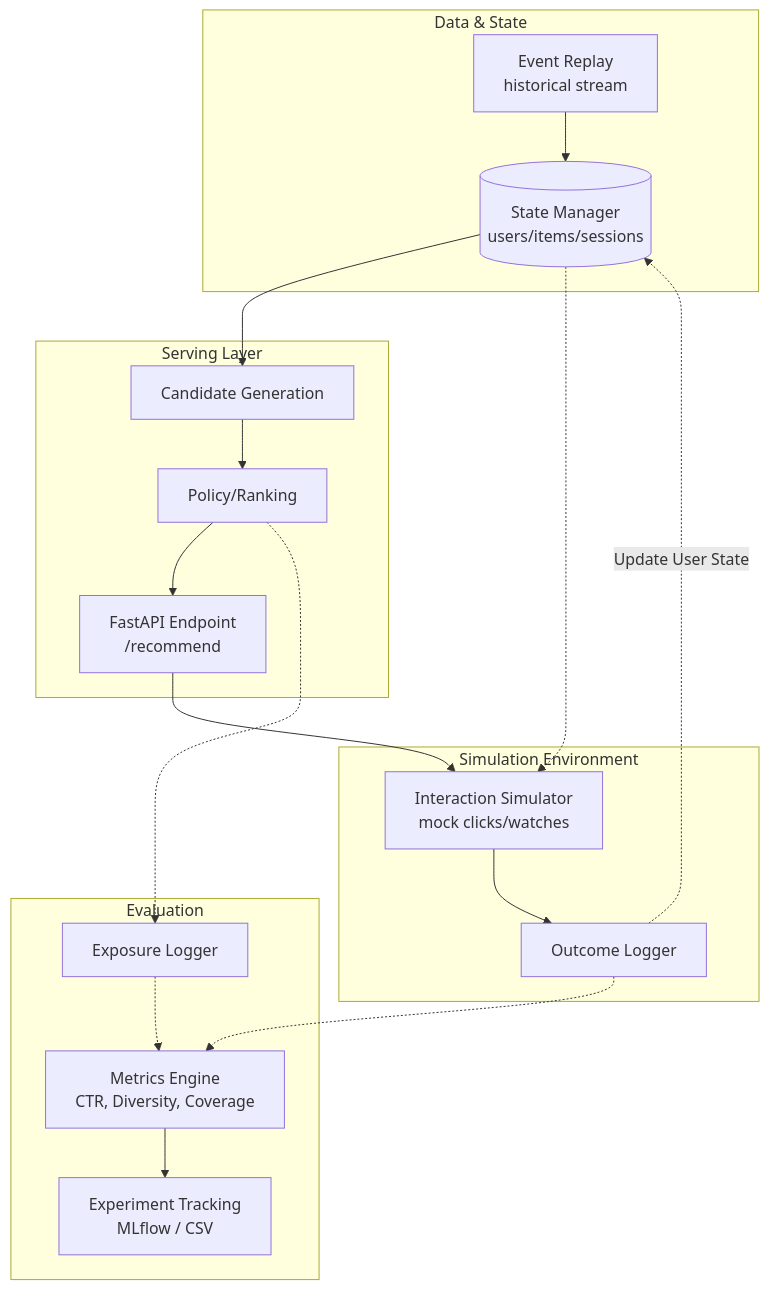
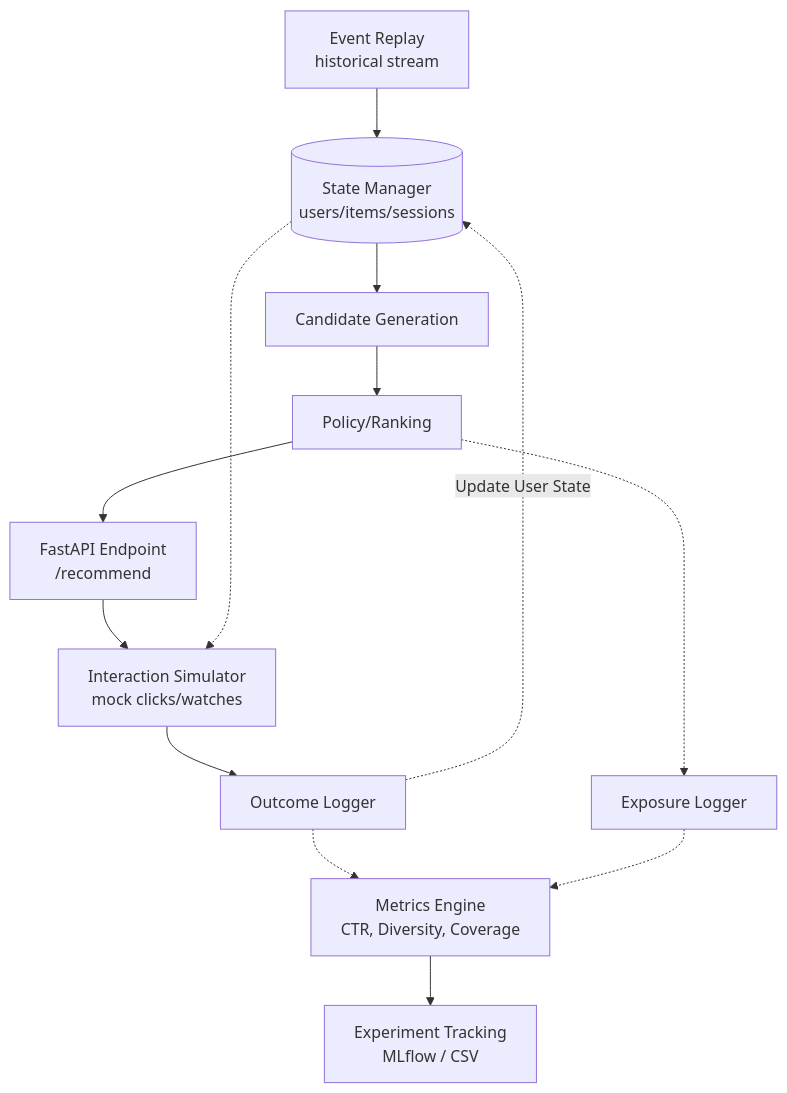
The diagram in README.md (SuperfiedStudd/recommendation-quality-lab), drawn with Mermaid before and after one commit. The commit also changed other lines of this file, not shown here.

````diff
--- a/README.md
+++ b/README.md
@@ -25,26 +26,18 @@
 ```mermaid
 graph TD
-    subgraph Data & State
-        A[Event Replay <br> historical stream] --> B[(State Manager <br> users/items/sessions)]
-    end
+    A[Event Replay <br> historical stream] --> B[(State Manager <br> users/items/sessions)]
     
-    subgraph Serving Layer
-        C[Candidate Generation] --> D[Policy/Ranking]
-        B --> C
-        D --> E[FastAPI Endpoint <br> /recommend]
-    end
+    C[Candidate Generation] --> D[Policy/Ranking]
+    B --> C
+    D --> E[FastAPI Endpoint <br> /recommend]
     
-    subgraph Simulation Environment
-        E --> F[Interaction Simulator <br> mock clicks/watches]
-        F --> G[Outcome Logger]
-        B -.-> F
-        G -.-> |Update User State| B
-    end
+    E --> F[Interaction Simulator <br> mock clicks/watches]
+    F --> G[Outcome Logger]
+    B -.-> F
+    G -.-> |Update User State| B
     
-    subgraph Evaluation
-        D -.-> H[Exposure Logger]
-        G -.-> I[Metrics Engine <br> CTR, Diversity, Coverage]
-        H -.-> I
-        I --> J[Experiment Tracking <br> MLflow / CSV]
-    end
+    D -.-> H[Exposure Logger]
+    G -.-> I[Metrics Engine <br> CTR, Diversity, Coverage]
+    H -.-> I
+    I --> J[Experiment Tracking <br> MLflow / CSV]
 ```
````
